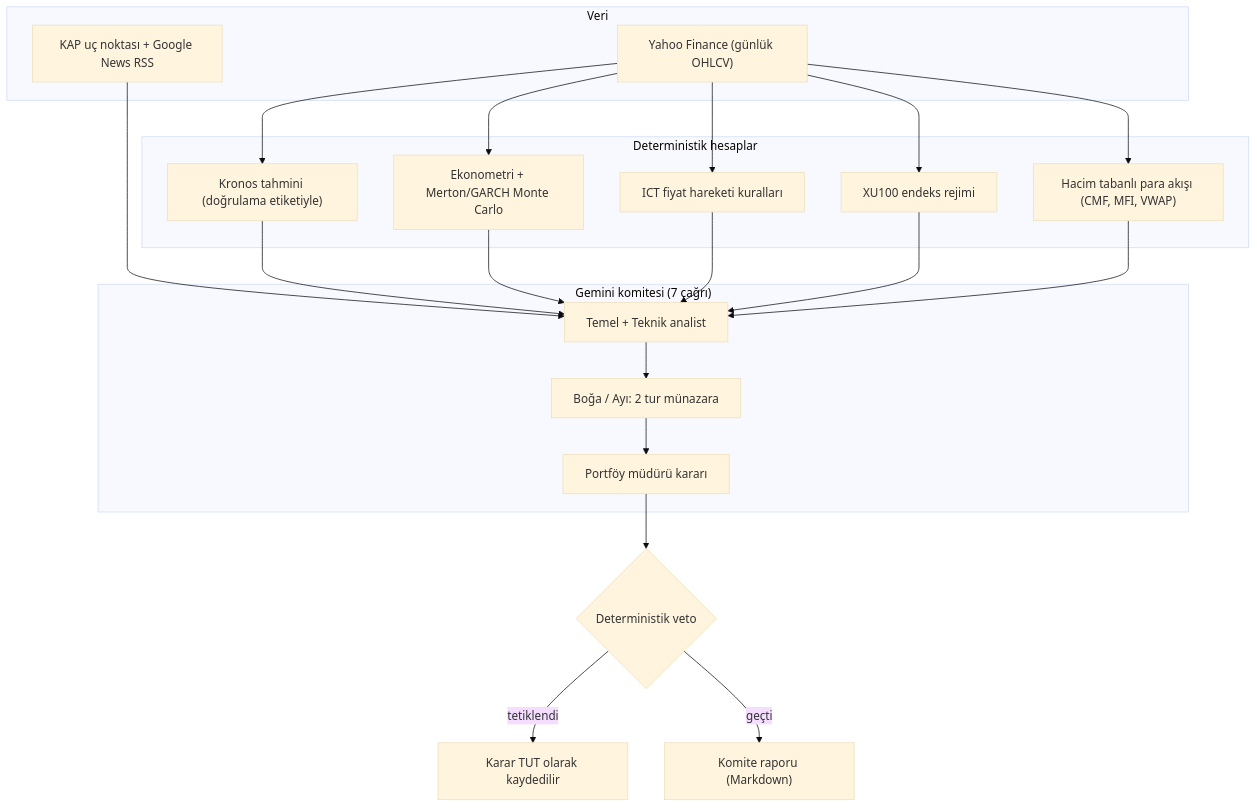
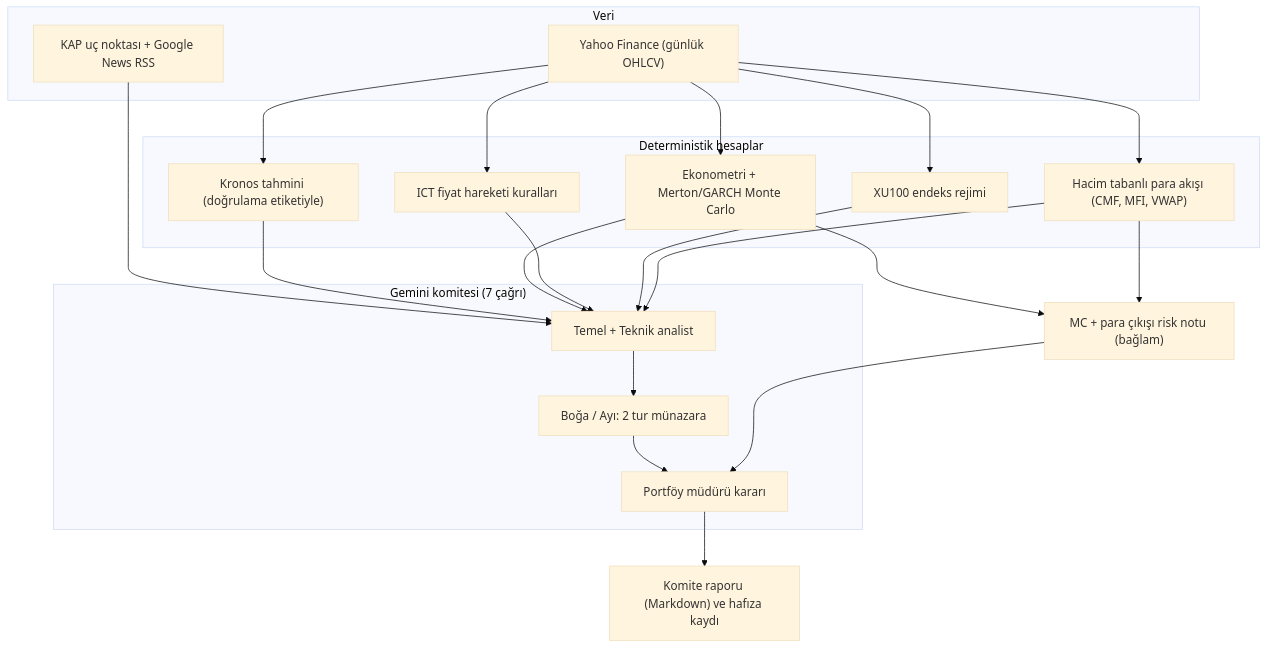
One commit to ferall57/BIST100-Hybrid-AI-Quant changed the diagram in README.md. Above: the diagram before and after it, drawn with Mermaid (base theme). The commit also changed other lines of this file and 5 other files, not shown here.

````diff
--- a/README.md
+++ b/README.md
@@ -114,28 +114,27 @@
 ```mermaid
 flowchart TD
     subgraph Veri ["Veri"]
         YF["Yahoo Finance (günlük OHLCV)"]
         NEWS["KAP uç noktası + Google News RSS"]
     end
 
     subgraph Hesap ["Deterministik hesaplar"]
         KRONOS["Kronos tahmini (doğrulama etiketiyle)"]
         ECON["Ekonometri + Merton/GARCH Monte Carlo"]
         ICT["ICT fiyat hareketi kuralları"]
         GATE["XU100 endeks rejimi"]
         FLOW["Hacim tabanlı para akışı (CMF, MFI, VWAP)"]
     end
 
     subgraph Komite ["Gemini komitesi (7 çağrı)"]
         ANALIST["Temel + Teknik analist"]
         DEBATE["Boğa / Ayı: 2 tur münazara"]
         PM["Portföy müdürü kararı"]
     end
 
     YF --> KRONOS & ECON & ICT & GATE & FLOW
     NEWS --> ANALIST
     KRONOS & ECON & ICT & GATE & FLOW --> ANALIST --> DEBATE --> PM
-    PM --> VETO{"Deterministik veto"}
-    VETO -->|tetiklendi| TUT["Karar TUT olarak kaydedilir"]
-    VETO -->|geçti| RAPOR["Komite raporu (Markdown)"]
+    ECON & FLOW --> RISK["MC + para çıkışı risk notu (bağlam)"] --> PM
+    PM --> RAPOR["Komite raporu (Markdown) ve hafıza kaydı"]
 ```
````
